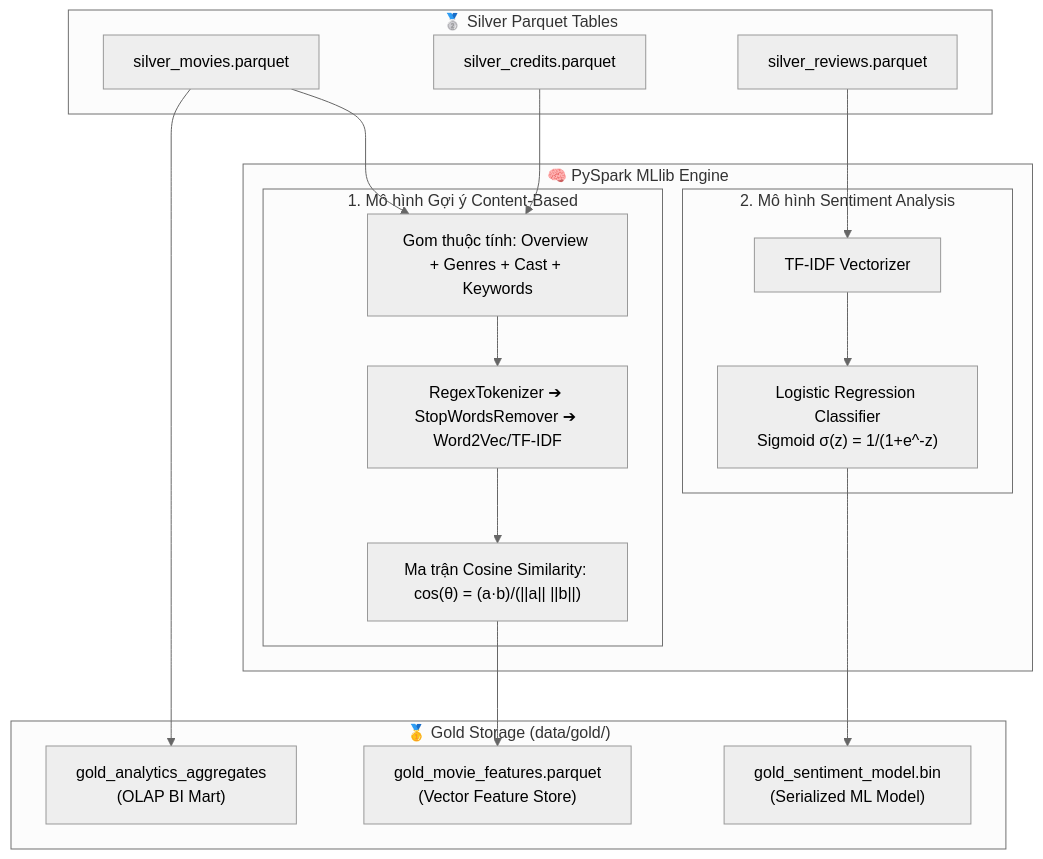
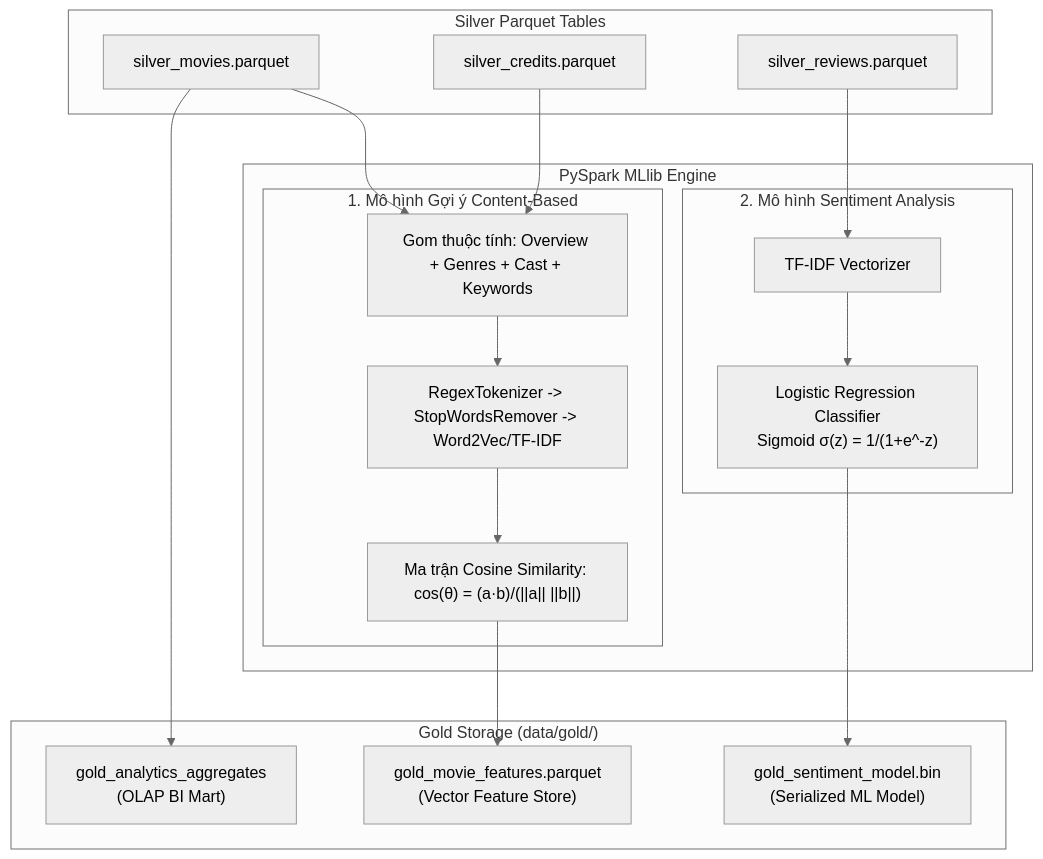
Before and after one commit to tuanh250105/movie-data-platform: the fourth of 5 diagrams in docs/so_do_kien_truc_chi_tiet.md, drawn with Mermaid (neutral theme). The commit also changed other lines of this file, not shown here.

Commit message:
docs: Remove all emojis and icons from architecture diagrams

````diff
--- a/docs/so_do_kien_truc_chi_tiet.md
+++ b/docs/so_do_kien_truc_chi_tiet.md
@@ -131,35 +131,35 @@
 ```mermaid
 flowchart TD
-    subgraph Silver_Tables ["🥈 Silver Parquet Tables"]
+    subgraph Silver_Tables ["Silver Parquet Tables"]
         SM["silver_movies.parquet"]
         SC["silver_credits.parquet"]
         SR["silver_reviews.parquet"]
     end
 
-    subgraph ML_Engine ["🧠 PySpark MLlib Engine"]
+    subgraph ML_Engine ["PySpark MLlib Engine"]
         subgraph Rec_Model ["1. Mô hình Gợi ý Content-Based"]
             Comb["Gom thuộc tính: Overview + Genres + Cast + Keywords"]
-            NLP["RegexTokenizer ➔ StopWordsRemover ➔ Word2Vec/TF-IDF"]
+            NLP["RegexTokenizer -> StopWordsRemover -> Word2Vec/TF-IDF"]
             Cosine["Ma trận Cosine Similarity: cos(θ) = (a·b)/(||a|| ||b||)"]
             Comb --> NLP --> Cosine
         end
 
         subgraph Sent_Model ["2. Mô hình Sentiment Analysis"]
             TFIDF_Text["TF-IDF Vectorizer"]
             LogReg["Logistic Regression Classifier<br/>Sigmoid σ(z) = 1/(1+e^-z)"]
             TFIDF_Text --> LogReg
         end
     end
 
-    subgraph Gold_Storage ["🥇 Gold Storage (data/gold/)"]
+    subgraph Gold_Storage ["Gold Storage (data/gold/)"]
         G_Feat["gold_movie_features.parquet<br/>(Vector Feature Store)"]
         G_Sent["gold_sentiment_model.bin<br/>(Serialized ML Model)"]
         G_Mart["gold_analytics_aggregates<br/>(OLAP BI Mart)"]
     end
 
     SM & SC --> Comb
     Cosine --> G_Feat
     SR --> TFIDF_Text
     LogReg --> G_Sent
     SM --> G_Mart
 ```
````
